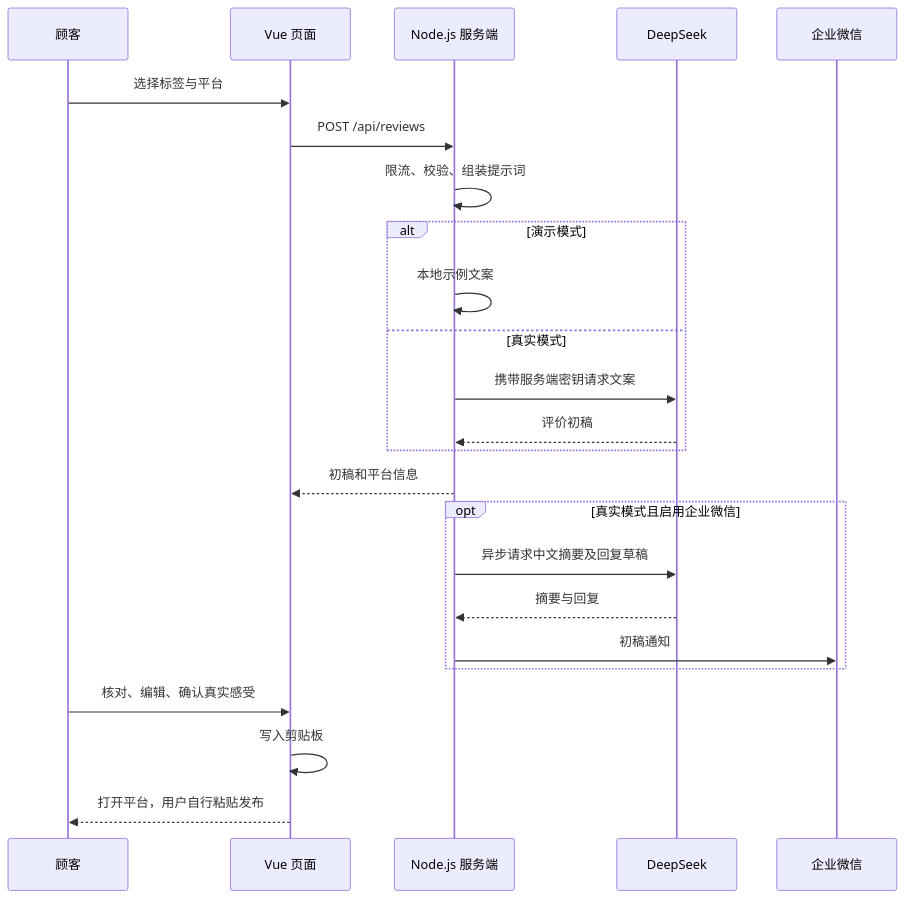
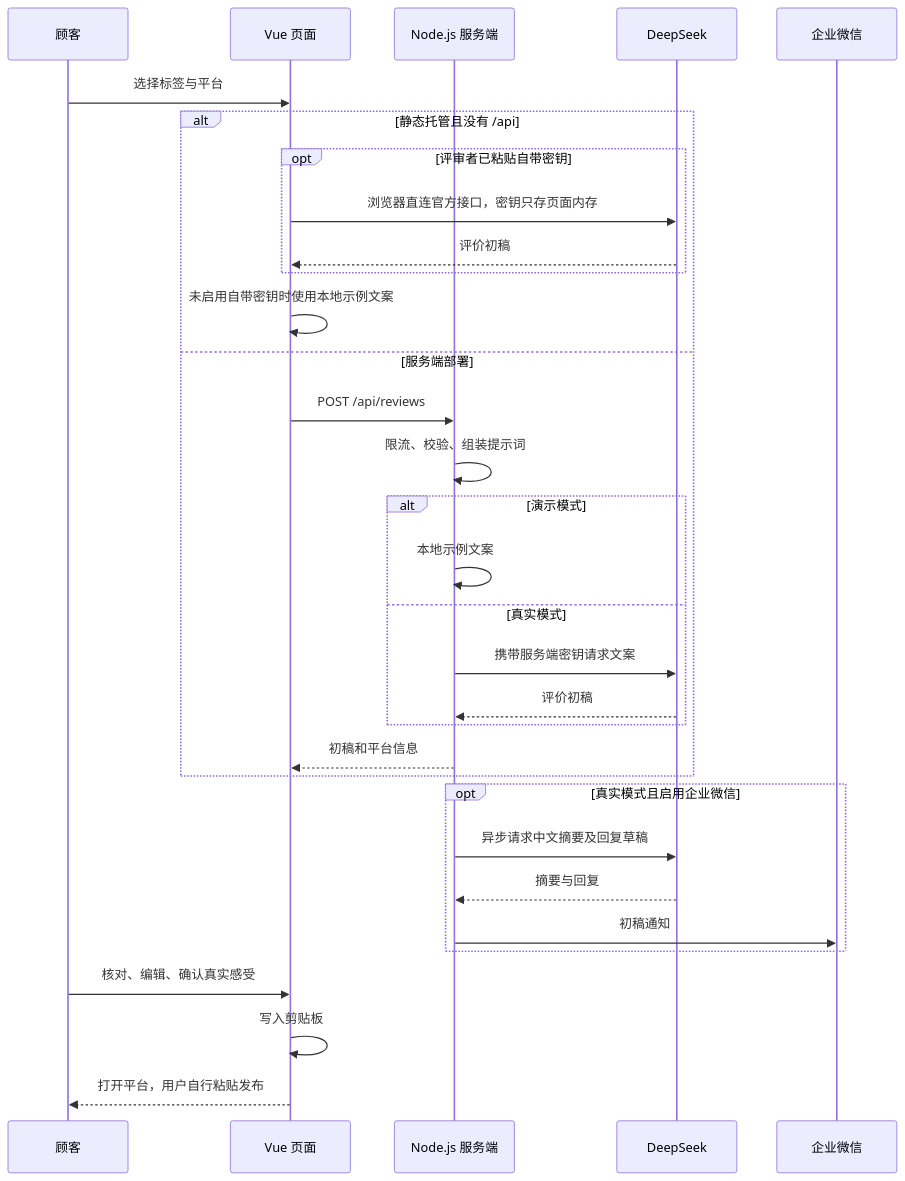
Before and after one commit to tyza66/sunny-tea-house: the diagram in docs/架构设计.md, drawn with Mermaid. The commit also changed other lines of this file and 5 other files, not shown here.

````diff
--- a/docs/架构设计.md
+++ b/docs/架构设计.md
@@ -44,26 +60,34 @@
 ```mermaid
 sequenceDiagram
   participant U as 顾客
   participant V as Vue 页面
   participant S as Node.js 服务端
   participant D as DeepSeek
   participant W as 企业微信
   U->>V: 选择标签与平台
-  V->>S: POST /api/reviews
-  S->>S: 限流、校验、组装提示词
-  alt 演示模式
-    S->>S: 本地示例文案
-  else 真实模式
-    S->>D: 携带服务端密钥请求文案
-    D-->>S: 评价初稿
+  alt 静态托管且没有 /api
+    opt 评审者已粘贴自带密钥
+      V->>D: 浏览器直连官方接口，密钥只存页面内存
+      D-->>V: 评价初稿
+    end
+    V->>V: 未启用自带密钥时使用本地示例文案
+  else 服务端部署
+    V->>S: POST /api/reviews
+    S->>S: 限流、校验、组装提示词
+    alt 演示模式
+      S->>S: 本地示例文案
+    else 真实模式
+      S->>D: 携带服务端密钥请求文案
+      D-->>S: 评价初稿
+    end
+    S-->>V: 初稿和平台信息
   end
-  S-->>V: 初稿和平台信息
   opt 真实模式且启用企业微信
     S->>D: 异步请求中文摘要及回复草稿
     D-->>S: 摘要与回复
     S->>W: 初稿通知
   end
   U->>V: 核对、编辑、确认真实感受
   V->>V: 写入剪贴板
 V-->>U: 打开平台，用户自行粘贴发布
 ```
````
